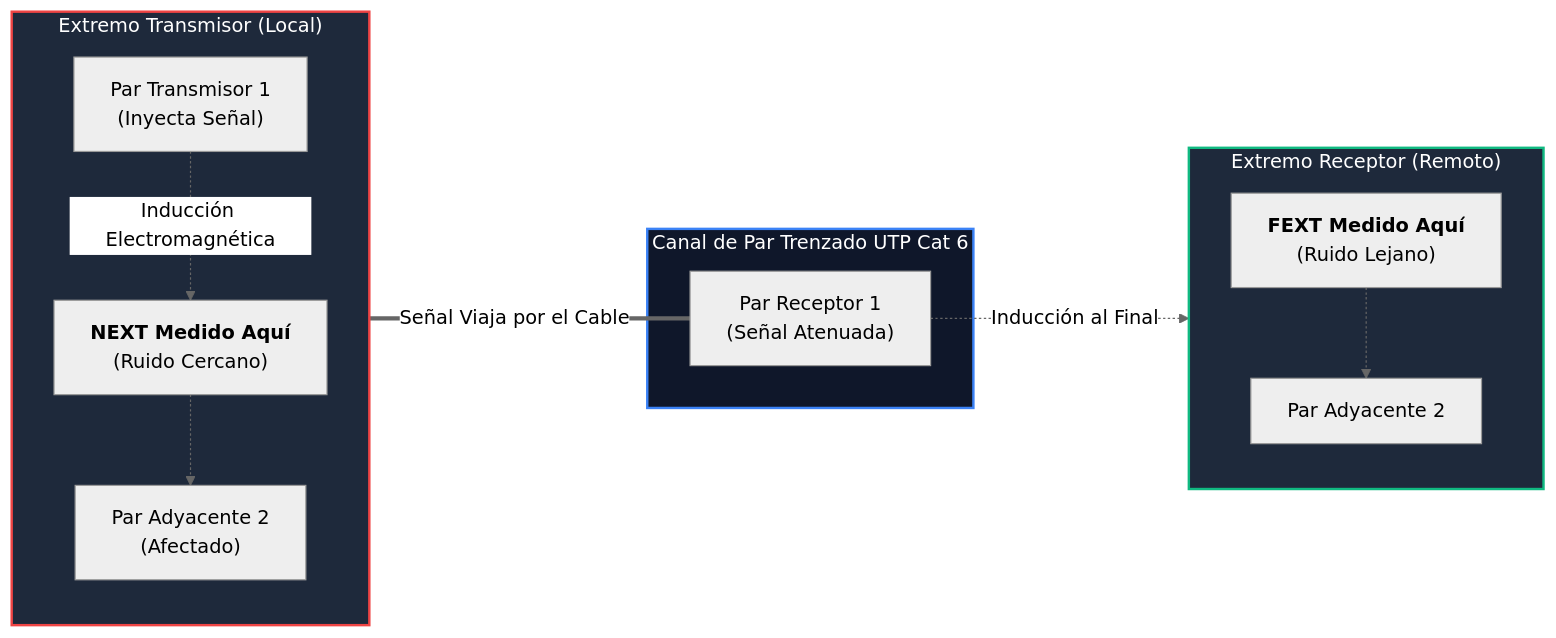
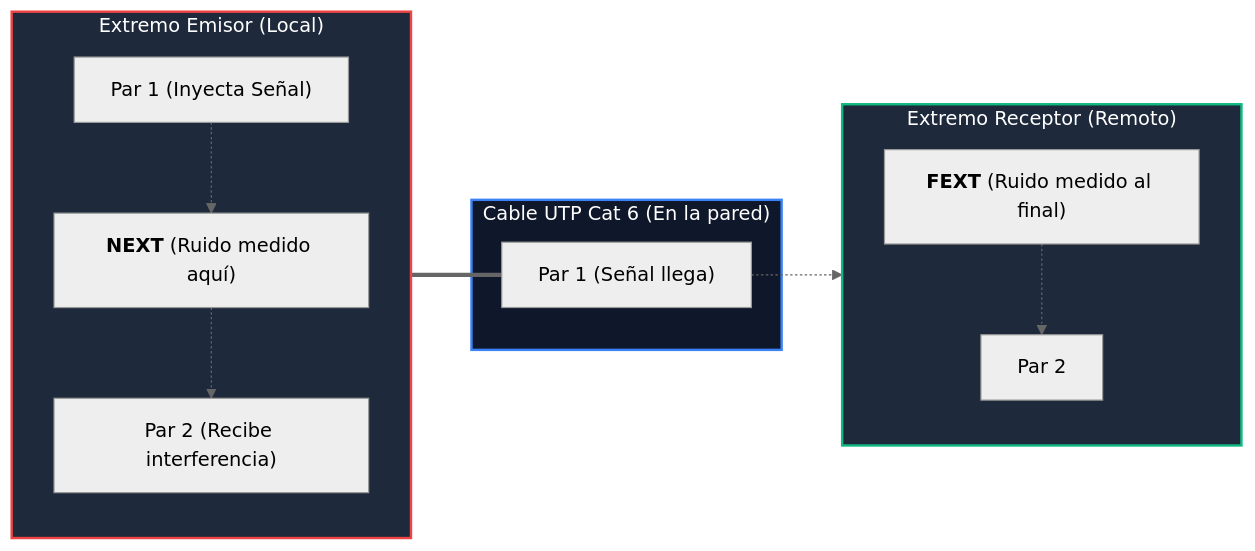
One commit to ch4rf/redes-computadoras changed the diagram in Teoria/Modulo_3_Cableado_Estructurado/05_Calculos_Diseno_y_Certificacion.md. Above: the diagram before and after it, drawn with Mermaid (neutral theme). The commit also changed other lines of this file and 14 other files, not shown here.

````diff
--- a/Teoria/Modulo_3_Cableado_Estructurado/05_Calculos_Diseno_y_Certificacion.md
+++ b/Teoria/Modulo_3_Cableado_Estructurado/05_Calculos_Diseno_y_Certificacion.md
@@ -10,26 +51,26 @@
 ```mermaid
 flowchart LR
-    subgraph TX_SIDE ["Extremo Transmisor (Local)"]
+    subgraph TX ["Extremo Emisor (Local)"]
         direction TB
-        TX1["Par Transmisor 1<br/>(Inyecta Señal)"]
-        NEXT_M["<b>NEXT Medido Aquí</b><br/>(Ruido Cercano)"]
-        TX2["Par Adyacente 2<br/>(Afectado)"]
-        TX1 -.->|"Inducción Electromagnética"| NEXT_M -.-> TX2
+        P1["Par 1 (Inyecta Señal)"]
+        NEXT["<b>NEXT</b> (Ruido medido aquí)"]
+        P2["Par 2 (Recibe interferencia)"]
+        P1 -.-> NEXT -.-> P2
     end
 
-    subgraph CABLE ["Canal de Par Trenzado UTP Cat 6"]
-        TX1 ===|"Señal Viaja por el Cable"| RX1
+    subgraph CABLE ["Cable UTP Cat 6 (En la pared)"]
+        P1 === P1_RX
     end
 
-    subgraph RX_SIDE ["Extremo Receptor (Remoto)"]
+    subgraph RX ["Extremo Receptor (Remoto)"]
         direction TB
-        RX1["Par Receptor 1<br/>(Señal Atenuada)"]
-        FEXT_M["<b>FEXT Medido Aquí</b><br/>(Ruido Lejano)"]
-        RX2["Par Adyacente 2"]
-        RX1 -.->|"Inducción al Final"| FEXT_M -.-> RX2
+        P1_RX["Par 1 (Señal llega)"]
+        FEXT["<b>FEXT</b> (Ruido medido al final)"]
+        P2_RX["Par 2"]
+        P1_RX -.-> FEXT -.-> P2_RX
     end
 
-    style TX_SIDE fill:#1e293b,stroke:#ef4444,stroke-width:2px,color:#fff
+    style TX fill:#1e293b,stroke:#ef4444,stroke-width:2px,color:#fff
     style CABLE fill:#0f172a,stroke:#3b82f6,stroke-width:2px,color:#fff
-    style RX_SIDE fill:#1e293b,stroke:#10b981,stroke-width:2px,color:#fff
+    style RX fill:#1e293b,stroke:#10b981,stroke-width:2px,color:#fff
 ```
````
